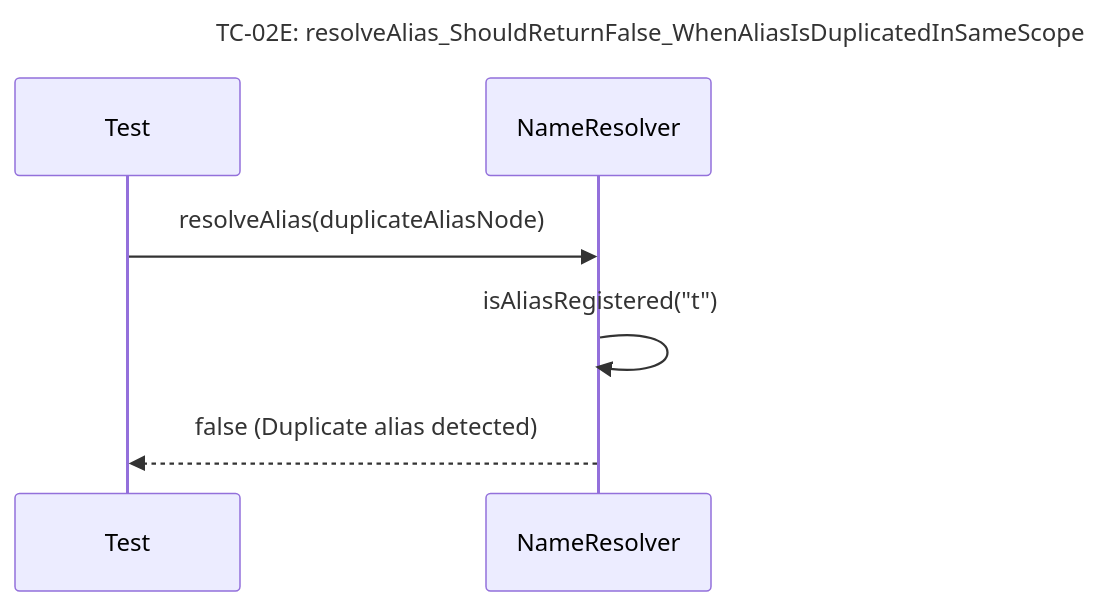
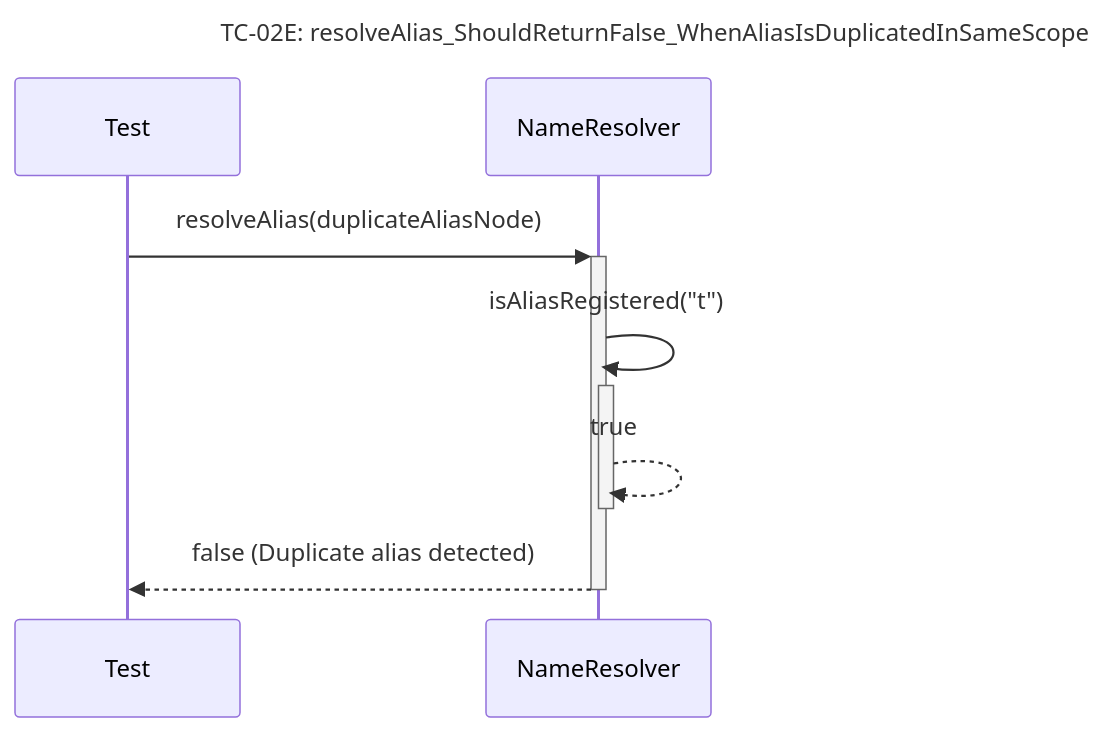
One commit to Dikhang1112/Database_Management_BBV changed diagram 11 of 30 in docs/unit_test/query_prossor/SequeceTestCase.md. Above: the diagram before and after it, drawn with Mermaid. The commit also changed other lines of this file and 12 other files, not shown here.

Commit message:
Refactor sequece diagram

````diff
--- a/docs/unit_test/query_prossor/SequeceTestCase.md
+++ b/docs/unit_test/query_prossor/SequeceTestCase.md
@@ -163,10 +165,11 @@
 ```mermaid
 sequenceDiagram
     title TC-02E: resolveAlias_ShouldReturnFalse_WhenAliasIsDuplicatedInSameScope
     participant Test
     participant NameResolver
 
-    Test->>NameResolver: resolveAlias(duplicateAliasNode)
-    NameResolver->>NameResolver: isAliasRegistered("t")
-    NameResolver-->>Test: false (Duplicate alias detected)
+    Test->>+NameResolver: resolveAlias(duplicateAliasNode)
+    NameResolver->>+NameResolver: isAliasRegistered("t")
+    NameResolver-->>-NameResolver: true
+    NameResolver-->>-Test: false (Duplicate alias detected)
 ```
````
